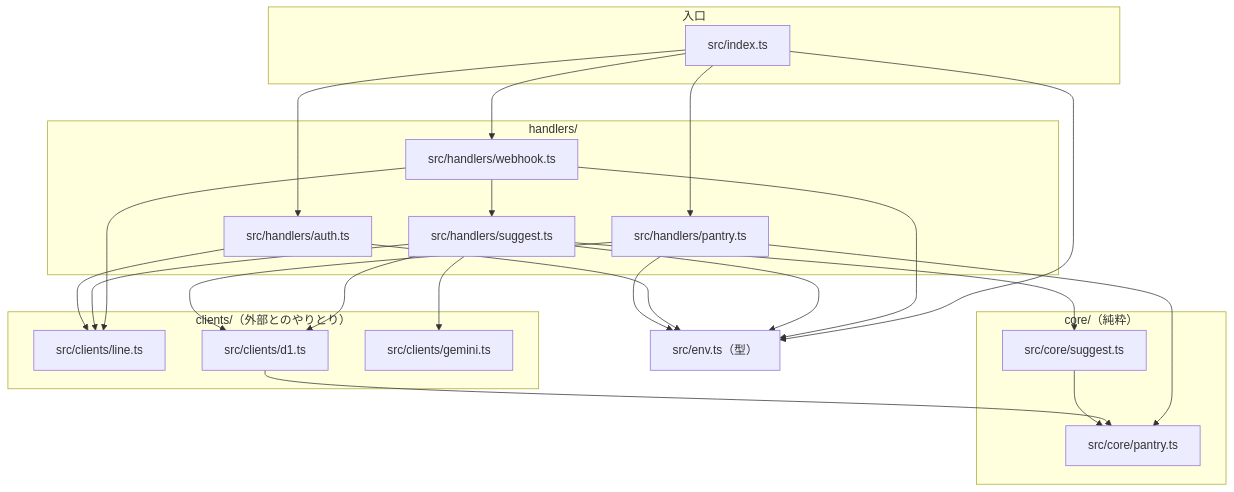
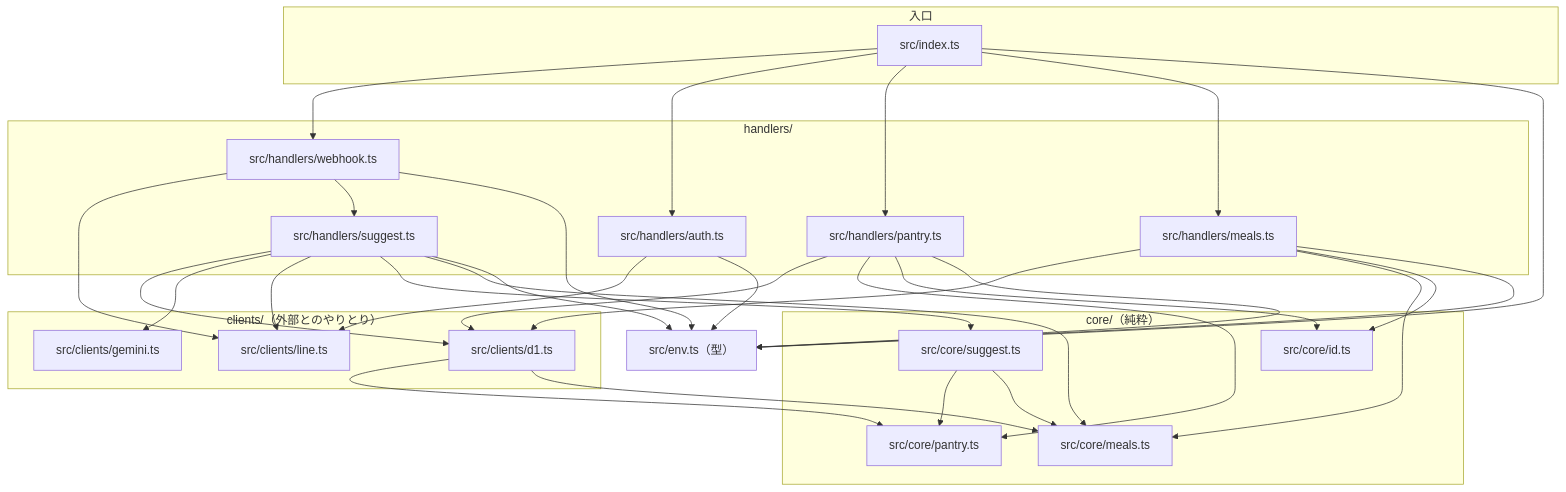
The second of 6 diagrams in docs/design.md (chelfansea-engineer/kondate-bot), drawn with Mermaid before and after one commit. The commit also changed other lines of this file and 3 other files, not shown here.

````diff
--- a/docs/design.md
+++ b/docs/design.md
@@ -52,43 +52,55 @@
 ```mermaid
 %% check:deps
 flowchart TD
   subgraph entry["入口"]
     index["src/index.ts"]
   end
   subgraph handlers["handlers/"]
     webhook["src/handlers/webhook.ts"]
     auth["src/handlers/auth.ts"]
     hpantry["src/handlers/pantry.ts"]
     hsuggest["src/handlers/suggest.ts"]
+    hmeals["src/handlers/meals.ts"]
   end
   subgraph clients["clients/（外部とのやりとり）"]
     line["src/clients/line.ts"]
     d1["src/clients/d1.ts"]
     gemini["src/clients/gemini.ts"]
   end
   subgraph core["core/（純粋）"]
     cpantry["src/core/pantry.ts"]
+    cmeals["src/core/meals.ts"]
     csuggest["src/core/suggest.ts"]
+    cid["src/core/id.ts"]
   end
   env["src/env.ts（型）"]
 
   index --> webhook
   index --> auth
   index --> hpantry
+  index --> hmeals
   index --> env
   webhook --> line
   webhook --> hsuggest
   webhook --> env
   hsuggest --> d1
   hsuggest --> gemini
   hsuggest --> line
   hsuggest --> csuggest
+  hsuggest --> cmeals
   hsuggest --> env
   auth --> line
   auth --> env
   hpantry --> d1
   hpantry --> cpantry
+  hpantry --> cid
   hpantry --> env
+  hmeals --> d1
+  hmeals --> cmeals
+  hmeals --> cid
+  hmeals --> env
   d1 --> cpantry
+  d1 --> cmeals
   csuggest --> cpantry
+  csuggest --> cmeals
 ```
````
